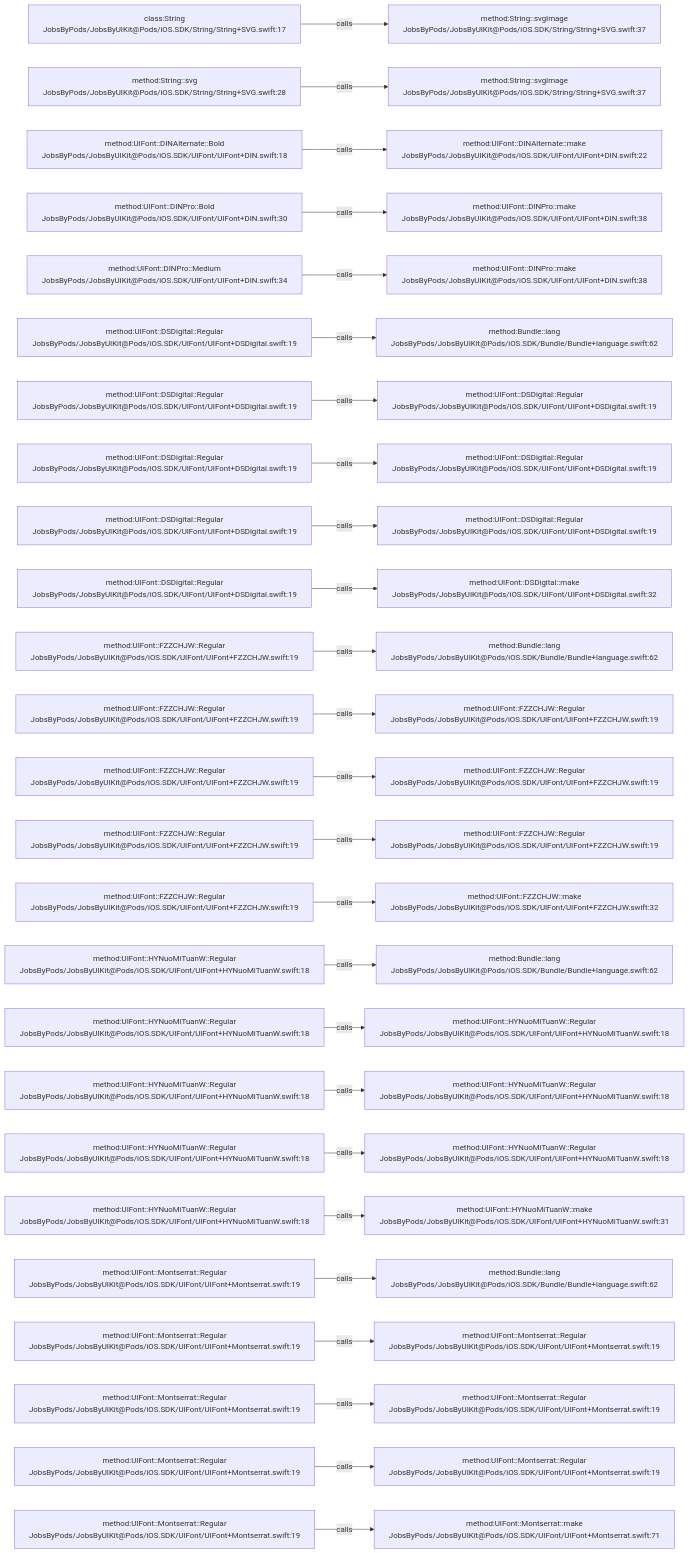
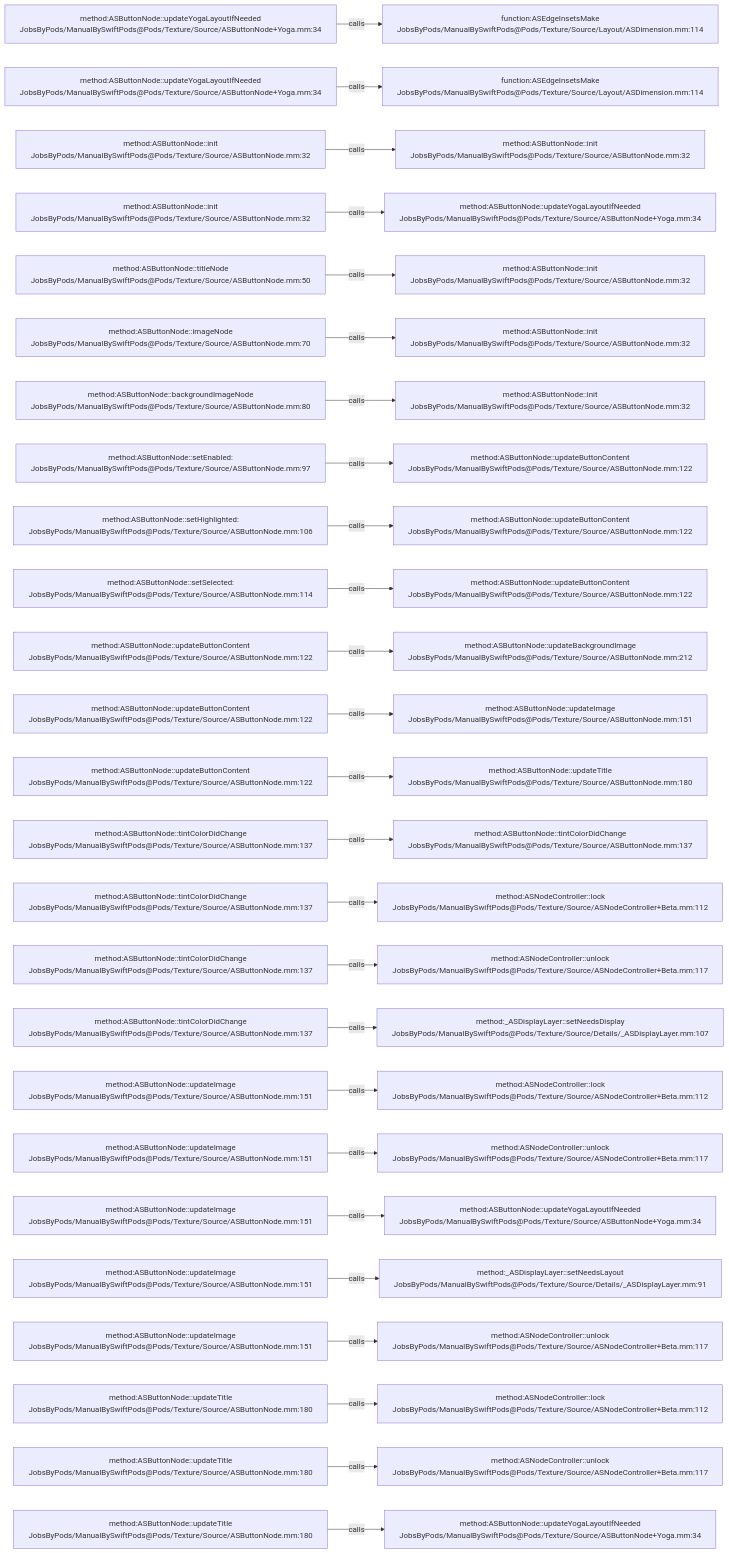
One commit to JobsKits/JobsSwiftBaseConfigDemo changed the diagram in .codegraph/codegraph.md/graphs/calls-003.md. Above: the diagram before and after it, drawn with Mermaid. The commit also changed 832 other files, not shown here.

````diff
--- a/.codegraph/codegraph.md/graphs/calls-003.md
+++ b/.codegraph/codegraph.md/graphs/calls-003.md
@@ -13,78 +13,78 @@
 ```mermaid
 flowchart LR
-  S1["class:String<br/>JobsByPods/JobsByUIKit@Pods/iOS.SDK/String/String+SVG.swift:17"]
-  T1["method:String::svgImage<br/>JobsByPods/JobsByUIKit@Pods/iOS.SDK/String/String+SVG.swift:37"]
+  S1["method:ASButtonNode::updateYogaLayoutIfNeeded<br/>JobsByPods/ManualBySwiftPods@Pods/Texture/Source/ASButtonNode+Yoga.mm:34"]
+  T1["function:ASEdgeInsetsMake<br/>JobsByPods/ManualBySwiftPods@Pods/Texture/Source/Layout/ASDimension.mm:114"]
   S1 -->|calls| T1
-  S2["method:String::svg<br/>JobsByPods/JobsByUIKit@Pods/iOS.SDK/String/String+SVG.swift:28"]
-  T2["method:String::svgImage<br/>JobsByPods/JobsByUIKit@Pods/iOS.SDK/String/String+SVG.swift:37"]
+  S2["method:ASButtonNode::updateYogaLayoutIfNeeded<br/>JobsByPods/ManualBySwiftPods@Pods/Texture/Source/ASButtonNode+Yoga.mm:34"]
+  T2["function:ASEdgeInsetsMake<br/>JobsByPods/ManualBySwiftPods@Pods/Texture/Source/Layout/ASDimension.mm:114"]
   S2 -->|calls| T2
-  S3["method:UIFont::DINAlternate::Bold<br/>JobsByPods/JobsByUIKit@Pods/iOS.SDK/UIFont/UIFont+DIN.swift:18"]
-  T3["method:UIFont::DINAlternate::make<br/>JobsByPods/JobsByUIKit@Pods/iOS.SDK/UIFont/UIFont+DIN.swift:22"]
+  S3["method:ASButtonNode::init<br/>JobsByPods/ManualBySwiftPods@Pods/Texture/Source/ASButtonNode.mm:32"]
+  T3["method:ASButtonNode::init<br/>JobsByPods/ManualBySwiftPods@Pods/Texture/Source/ASButtonNode.mm:32"]
   S3 -->|calls| T3
-  S4["method:UIFont::DINPro::Bold<br/>JobsByPods/JobsByUIKit@Pods/iOS.SDK/UIFont/UIFont+DIN.swift:30"]
-  T4["method:UIFont::DINPro::make<br/>JobsByPods/JobsByUIKit@Pods/iOS.SDK/UIFont/UIFont+DIN.swift:38"]
+  S4["method:ASButtonNode::init<br/>JobsByPods/ManualBySwiftPods@Pods/Texture/Source/ASButtonNode.mm:32"]
+  T4["method:ASButtonNode::updateYogaLayoutIfNeeded<br/>JobsByPods/ManualBySwiftPods@Pods/Texture/Source/ASButtonNode+Yoga.mm:34"]
   S4 -->|calls| T4
-  S5["method:UIFont::DINPro::Medium<br/>JobsByPods/JobsByUIKit@Pods/iOS.SDK/UIFont/UIFont+DIN.swift:34"]
-  T5["method:UIFont::DINPro::make<br/>JobsByPods/JobsByUIKit@Pods/iOS.SDK/UIFont/UIFont+DIN.swift:38"]
+  S5["method:ASButtonNode::titleNode<br/>JobsByPods/ManualBySwiftPods@Pods/Texture/Source/ASButtonNode.mm:50"]
+  T5["method:ASButtonNode::init<br/>JobsByPods/ManualBySwiftPods@Pods/Texture/Source/ASButtonNode.mm:32"]
   S5 -->|calls| T5
-  S6["method:UIFont::DSDigital::Regular<br/>JobsByPods/JobsByUIKit@Pods/iOS.SDK/UIFont/UIFont+DSDigital.swift:19"]
-  T6["method:Bundle::lang<br/>JobsByPods/JobsByUIKit@Pods/iOS.SDK/Bundle/Bundle+language.swift:62"]
+  S6["method:ASButtonNode::imageNode<br/>JobsByPods/ManualBySwiftPods@Pods/Texture/Source/ASButtonNode.mm:70"]
+  T6["method:ASButtonNode::init<br/>JobsByPods/ManualBySwiftPods@Pods/Texture/Source/ASButtonNode.mm:32"]
   S6 -->|calls| T6
-  S7["method:UIFont::DSDigital::Regular<br/>JobsByPods/JobsByUIKit@Pods/iOS.SDK/UIFont/UIFont+DSDigital.swift:19"]
-  T7["method:UIFont::DSDigital::Regular<br/>JobsByPods/JobsByUIKit@Pods/iOS.SDK/UIFont/UIFont+DSDigital.swift:19"]
+  S7["method:ASButtonNode::backgroundImageNode<br/>JobsByPods/ManualBySwiftPods@Pods/Texture/Source/ASButtonNode.mm:80"]
+  T7["method:ASButtonNode::init<br/>JobsByPods/ManualBySwiftPods@Pods/Texture/Source/ASButtonNode.mm:32"]
   S7 -->|calls| T7
-  S8["method:UIFont::DSDigital::Regular<br/>JobsByPods/JobsByUIKit@Pods/iOS.SDK/UIFont/UIFont+DSDigital.swift:19"]
-  T8["method:UIFont::DSDigital::Regular<br/>JobsByPods/JobsByUIKit@Pods/iOS.SDK/UIFont/UIFont+DSDigital.swift:19"]
+  S8["method:ASButtonNode::setEnabled:<br/>JobsByPods/ManualBySwiftPods@Pods/Texture/Source/ASButtonNode.mm:97"]
+  T8["method:ASButtonNode::updateButtonContent<br/>JobsByPods/ManualBySwiftPods@Pods/Texture/Source/ASButtonNode.mm:122"]
   S8 -->|calls| T8
-  S9["method:UIFont::DSDigital::Regular<br/>JobsByPods/JobsByUIKit@Pods/iOS.SDK/UIFont/UIFont+DSDigital.swift:19"]
-  T9["method:UIFont::DSDigital::Regular<br/>JobsByPods/JobsByUIKit@Pods/iOS.SDK/UIFont/UIFont+DSDigital.swift:19"]
+  S9["method:ASButtonNode::setHighlighted:<br/>JobsByPods/ManualBySwiftPods@Pods/Texture/Source/ASButtonNode.mm:106"]
+  T9["method:ASButtonNode::updateButtonContent<br/>JobsByPods/ManualBySwiftPods@Pods/Texture/Source/ASButtonNode.mm:122"]
   S9 -->|calls| T9
-  S10["method:UIFont::DSDigital::Regular<br/>JobsByPods/JobsByUIKit@Pods/iOS.SDK/UIFont/UIFont+DSDigital.swift:19"]
-  T10["method:UIFont::DSDigital::make<br/>JobsByPods/JobsByUIKit@Pods/iOS.SDK/UIFont/UIFont+DSDigital.swift:32"]
+  S10["method:ASButtonNode::setSelected:<br/>JobsByPods/ManualBySwiftPods@Pods/Texture/Source/ASButtonNode.mm:114"]
+  T10["method:ASButtonNode::updateButtonContent<br/>JobsByPods/ManualBySwiftPods@Pods/Texture/Source/ASButtonNode.mm:122"]
   S10 -->|calls| T10
-  S11["method:UIFont::FZZCHJW::Regular<br/>JobsByPods/JobsByUIKit@Pods/iOS.SDK/UIFont/UIFont+FZZCHJW.swift:19"]
-  T11["method:Bundle::lang<br/>JobsByPods/JobsByUIKit@Pods/iOS.SDK/Bundle/Bundle+language.swift:62"]
+  S11["method:ASButtonNode::updateButtonContent<br/>JobsByPods/ManualBySwiftPods@Pods/Texture/Source/ASButtonNode.mm:122"]
+  T11["method:ASButtonNode::updateBackgroundImage<br/>JobsByPods/ManualBySwiftPods@Pods/Texture/Source/ASButtonNode.mm:212"]
   S11 -->|calls| T11
-  S12["method:UIFont::FZZCHJW::Regular<br/>JobsByPods/JobsByUIKit@Pods/iOS.SDK/UIFont/UIFont+FZZCHJW.swift:19"]
-  T12["method:UIFont::FZZCHJW::Regular<br/>JobsByPods/JobsByUIKit@Pods/iOS.SDK/UIFont/UIFont+FZZCHJW.swift:19"]
+  S12["method:ASButtonNode::updateButtonContent<br/>JobsByPods/ManualBySwiftPods@Pods/Texture/Source/ASButtonNode.mm:122"]
+  T12["method:ASButtonNode::updateImage<br/>JobsByPods/ManualBySwiftPods@Pods/Texture/Source/ASButtonNode.mm:151"]
   S12 -->|calls| T12
-  S13["method:UIFont::FZZCHJW::Regular<br/>JobsByPods/JobsByUIKit@Pods/iOS.SDK/UIFont/UIFont+FZZCHJW.swift:19"]
-  T13["method:UIFont::FZZCHJW::Regular<br/>JobsByPods/JobsByUIKit@Pods/iOS.SDK/UIFont/UIFont+FZZCHJW.swift:19"]
+  S13["method:ASButtonNode::updateButtonContent<br/>JobsByPods/ManualBySwiftPods@Pods/Texture/Source/ASButtonNode.mm:122"]
+  T13["method:ASButtonNode::updateTitle<br/>JobsByPods/ManualBySwiftPods@Pods/Texture/Source/ASButtonNode.mm:180"]
   S13 -->|calls| T13
-  S14["method:UIFont::FZZCHJW::Regular<br/>JobsByPods/JobsByUIKit@Pods/iOS.SDK/UIFont/UIFont+FZZCHJW.swift:19"]
-  T14["method:UIFont::FZZCHJW::Regular<br/>JobsByPods/JobsByUIKit@Pods/iOS.SDK/UIFont/UIFont+FZZCHJW.swift:19"]
+  S14["method:ASButtonNode::tintColorDidChange<br/>JobsByPods/ManualBySwiftPods@Pods/Texture/Source/ASButtonNode.mm:137"]
+  T14["method:ASButtonNode::tintColorDidChange<br/>JobsByPods/ManualBySwiftPods@Pods/Texture/Source/ASButtonNode.mm:137"]
   S14 -->|calls| T14
-  S15["method:UIFont::FZZCHJW::Regular<br/>JobsByPods/JobsByUIKit@Pods/iOS.SDK/UIFont/UIFont+FZZCHJW.swift:19"]
-  T15["method:UIFont::FZZCHJW::make<br/>JobsByPods/JobsByUIKit@Pods/iOS.SDK/UIFont/UIFont+FZZCHJW.swift:32"]
+  S15["method:ASButtonNode::tintColorDidChange<br/>JobsByPods/ManualBySwiftPods@Pods/Texture/Source/ASButtonNode.mm:137"]
+  T15["method:ASNodeController::lock<br/>JobsByPods/ManualBySwiftPods@Pods/Texture/Source/ASNodeController+Beta.mm:112"]
   S15 -->|calls| T15
-  S16["method:UIFont::HYNuoMiTuanW::Regular<br/>JobsByPods/JobsByUIKit@Pods/iOS.SDK/UIFont/UIFont+HYNuoMiTuanW.swift:18"]
-  T16["method:Bundle::lang<br/>JobsByPods/JobsByUIKit@Pods/iOS.SDK/Bundle/Bundle+language.swift:62"]
+  S16["method:ASButtonNode::tintColorDidChange<br/>JobsByPods/ManualBySwiftPods@Pods/Texture/Source/ASButtonNode.mm:137"]
+  T16["method:ASNodeController::unlock<br/>JobsByPods/ManualBySwiftPods@Pods/Texture/Source/ASNodeController+Beta.mm:117"]
   S16 -->|calls| T16
-  S17["method:UIFont::HYNuoMiTuanW::Regular<br/>JobsByPods/JobsByUIKit@Pods/iOS.SDK/UIFont/UIFont+HYNuoMiTuanW.swift:18"]
-  T17["method:UIFont::HYNuoMiTuanW::Regular<br/>JobsByPods/JobsByUIKit@Pods/iOS.SDK/UIFont/UIFont+HYNuoMiTuanW.swift:18"]
+  S17["method:ASButtonNode::tintColorDidChange<br/>JobsByPods/ManualBySwiftPods@Pods/Texture/Source/ASButtonNode.mm:137"]
+  T17["method:_ASDisplayLayer::setNeedsDisplay<br/>JobsByPods/ManualBySwiftPods@Pods/Texture/Source/Details/_ASDisplayLayer.mm:107"]
   S17 -->|calls| T17
-  S18["method:UIFont::HYNuoMiTuanW::Regular<br/>JobsByPods/JobsByUIKit@Pods/iOS.SDK/UIFont/UIFont+HYNuoMiTuanW.swift:18"]
-  T18["method:UIFont::HYNuoMiTuanW::Regular<br/>JobsByPods/JobsByUIKit@Pods/iOS.SDK/UIFont/UIFont+HYNuoMiTuanW.swift:18"]
+  S18["method:ASButtonNode::updateImage<br/>JobsByPods/ManualBySwiftPods@Pods/Texture/Source/ASButtonNode.mm:151"]
+  T18["method:ASNodeController::lock<br/>JobsByPods/ManualBySwiftPods@Pods/Texture/Source/ASNodeController+Beta.mm:112"]
   S18 -->|calls| T18
-  S19["method:UIFont::HYNuoMiTuanW::Regular<br/>JobsByPods/JobsByUIKit@Pods/iOS.SDK/UIFont/UIFont+HYNuoMiTuanW.swift:18"]
-  T19["method:UIFont::HYNuoMiTuanW::Regular<br/>JobsByPods/JobsByUIKit@Pods/iOS.SDK/UIFont/UIFont+HYNuoMiTuanW.swift:18"]
+  S19["method:ASButtonNode::updateImage<br/>JobsByPods/ManualBySwiftPods@Pods/Texture/Source/ASButtonNode.mm:151"]
+  T19["method:ASNodeController::unlock<br/>JobsByPods/ManualBySwiftPods@Pods/Texture/Source/ASNodeController+Beta.mm:117"]
   S19 -->|calls| T19
-  S20["method:UIFont::HYNuoMiTuanW::Regular<br/>JobsByPods/JobsByUIKit@Pods/iOS.SDK/UIFont/UIFont+HYNuoMiTuanW.swift:18"]
-  T20["method:UIFont::HYNuoMiTuanW::make<br/>JobsByPods/JobsByUIKit@Pods/iOS.SDK/UIFont/UIFont+HYNuoMiTuanW.swift:31"]
+  S20["method:ASButtonNode::updateImage<br/>JobsByPods/ManualBySwiftPods@Pods/Texture/Source/ASButtonNode.mm:151"]
+  T20["method:ASButtonNode::updateYogaLayoutIfNeeded<br/>JobsByPods/ManualBySwiftPods@Pods/Texture/Source/ASButtonNode+Yoga.mm:34"]
   S20 -->|calls| T20
-  S21["method:UIFont::Montserrat::Regular<br/>JobsByPods/JobsByUIKit@Pods/iOS.SDK/UIFont/UIFont+Montserrat.swift:19"]
-  T21["method:Bundle::lang<br/>JobsByPods/JobsByUIKit@Pods/iOS.SDK/Bundle/Bundle+language.swift:62"]
+  S21["method:ASButtonNode::updateImage<br/>JobsByPods/ManualBySwiftPods@Pods/Texture/Source/ASButtonNode.mm:151"]
+  T21["method:_ASDisplayLayer::setNeedsLayout<br/>JobsByPods/ManualBySwiftPods@Pods/Texture/Source/Details/_ASDisplayLayer.mm:91"]
   S21 -->|calls| T21
-  S22["method:UIFont::Montserrat::Regular<br/>JobsByPods/JobsByUIKit@Pods/iOS.SDK/UIFont/UIFont+Montserrat.swift:19"]
-  T22["method:UIFont::Montserrat::Regular<br/>JobsByPods/JobsByUIKit@Pods/iOS.SDK/UIFont/UIFont+Montserrat.swift:19"]
+  S22["method:ASButtonNode::updateImage<br/>JobsByPods/ManualBySwiftPods@Pods/Texture/Source/ASButtonNode.mm:151"]
+  T22["method:ASNodeController::unlock<br/>JobsByPods/ManualBySwiftPods@Pods/Texture/Source/ASNodeController+Beta.mm:117"]
   S22 -->|calls| T22
-  S23["method:UIFont::Montserrat::Regular<br/>JobsByPods/JobsByUIKit@Pods/iOS.SDK/UIFont/UIFont+Montserrat.swift:19"]
-  T23["method:UIFont::Montserrat::Regular<br/>JobsByPods/JobsByUIKit@Pods/iOS.SDK/UIFont/UIFont+Montserrat.swift:19"]
+  S23["method:ASButtonNode::updateTitle<br/>JobsByPods/ManualBySwiftPods@Pods/Texture/Source/ASButtonNode.mm:180"]
+  T23["method:ASNodeController::lock<br/>JobsByPods/ManualBySwiftPods@Pods/Texture/Source/ASNodeController+Beta.mm:112"]
   S23 -->|calls| T23
-  S24["method:UIFont::Montserrat::Regular<br/>JobsByPods/JobsByUIKit@Pods/iOS.SDK/UIFont/UIFont+Montserrat.swift:19"]
-  T24["method:UIFont::Montserrat::Regular<br/>JobsByPods/JobsByUIKit@Pods/iOS.SDK/UIFont/UIFont+Montserrat.swift:19"]
+  S24["method:ASButtonNode::updateTitle<br/>JobsByPods/ManualBySwiftPods@Pods/Texture/Source/ASButtonNode.mm:180"]
+  T24["method:ASNodeController::unlock<br/>JobsByPods/ManualBySwiftPods@Pods/Texture/Source/ASNodeController+Beta.mm:117"]
   S24 -->|calls| T24
-  S25["method:UIFont::Montserrat::Regular<br/>JobsByPods/JobsByUIKit@Pods/iOS.SDK/UIFont/UIFont+Montserrat.swift:19"]
-  T25["method:UIFont::Montserrat::make<br/>JobsByPods/JobsByUIKit@Pods/iOS.SDK/UIFont/UIFont+Montserrat.swift:71"]
+  S25["method:ASButtonNode::updateTitle<br/>JobsByPods/ManualBySwiftPods@Pods/Texture/Source/ASButtonNode.mm:180"]
+  T25["method:ASButtonNode::updateYogaLayoutIfNeeded<br/>JobsByPods/ManualBySwiftPods@Pods/Texture/Source/ASButtonNode+Yoga.mm:34"]
   S25 -->|calls| T25
 ```
````
